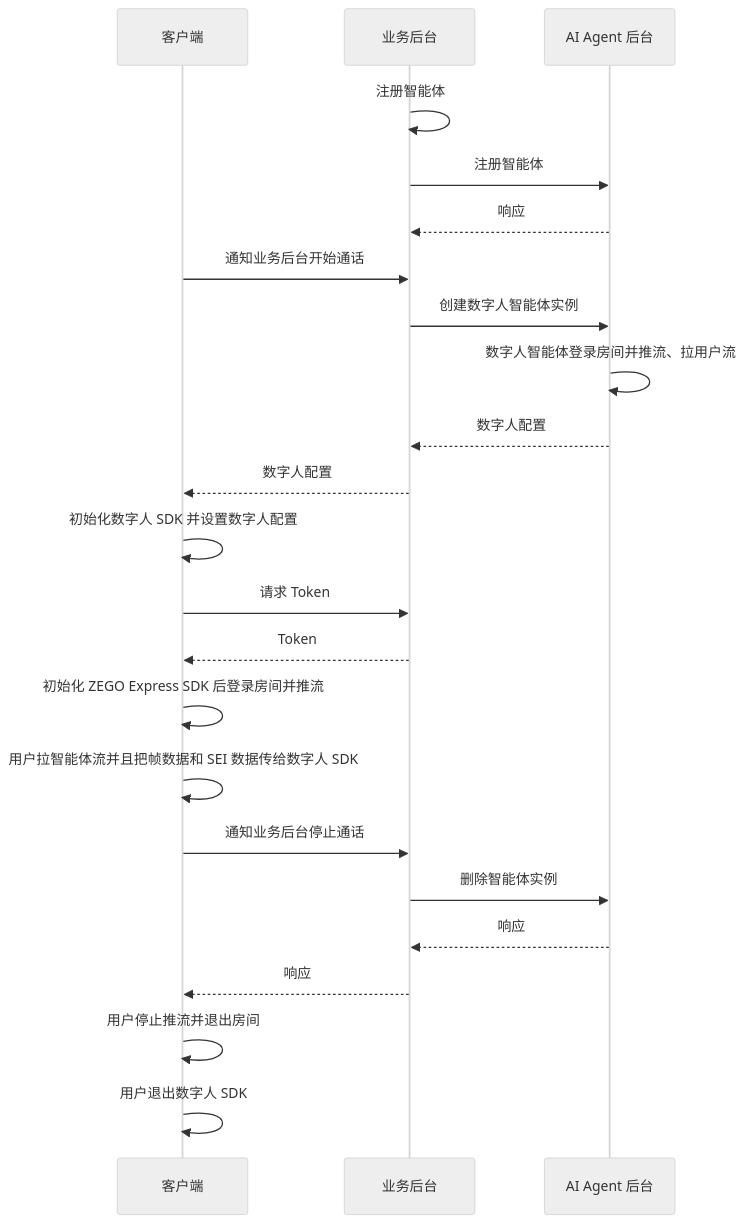
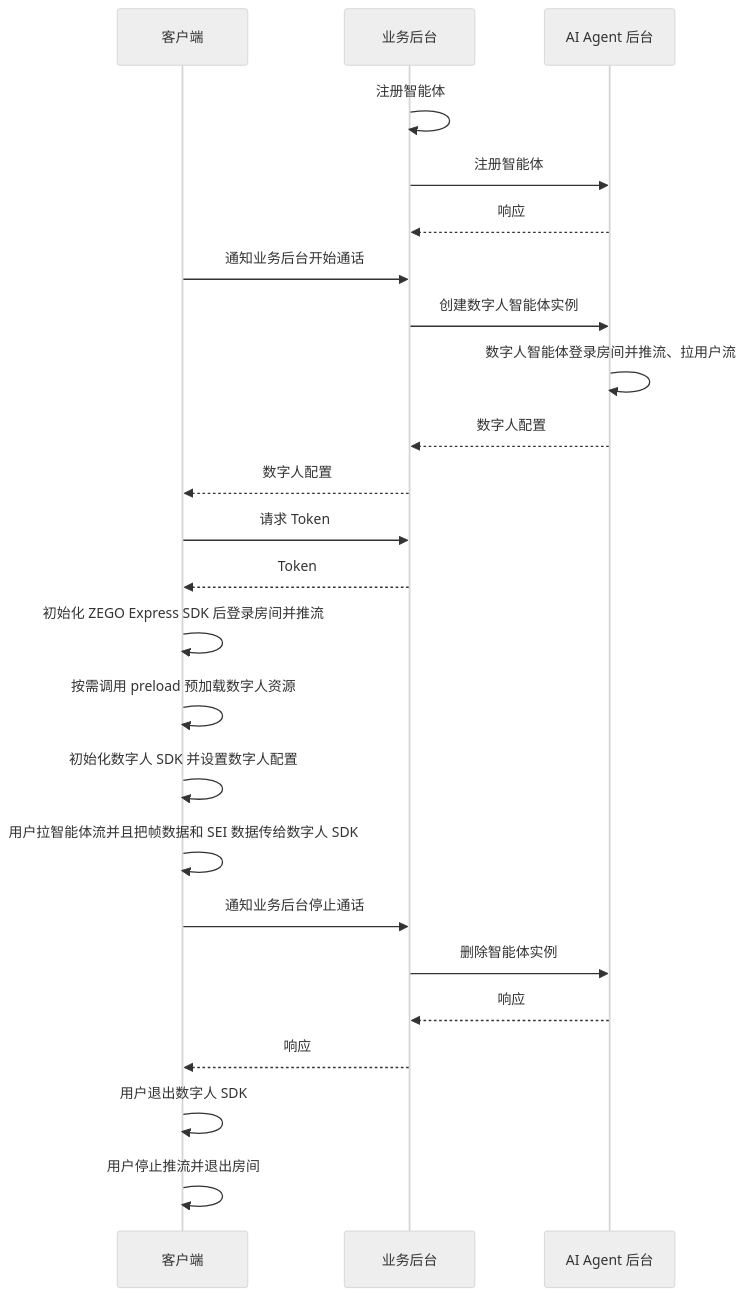
Before and after one commit to ZEGOCLOUD/docs_all: the first of 2 diagrams in core_products/aiagent/zh/android/quick-start-with-digital-human.mdx, drawn with Mermaid (neutral theme). The commit also changed other lines of this file and 4 other files, not shown here.

Commit message:
Update modification dates to September 20, 2026, and synchronize Digital Human SDK initialization and exit procedures across Android and Chinese documentation. Update SDK version references to 1.6.0.121 and adjust preload instructions for resource management.

````diff
--- a/core_products/aiagent/zh/android/quick-start-with-digital-human.mdx
+++ b/core_products/aiagent/zh/android/quick-start-with-digital-human.mdx
@@ -107,33 +107,33 @@
 ```mermaid
 sequenceDiagram
     participant 客户端
     participant 业务后台
     participant AI Agent 后台
 
     业务后台->>业务后台: 注册智能体
     业务后台->>AI Agent 后台: 注册智能体
     AI Agent 后台-->>业务后台: 响应
 
     客户端->>业务后台: 通知业务后台开始通话
     业务后台->>AI Agent 后台: 创建数字人智能体实例
     AI Agent 后台->>AI Agent 后台: 数字人智能体登录房间并推流、拉用户流
     AI Agent 后台-->>业务后台: 数字人配置
     业务后台-->>客户端: 数字人配置
 
-    客户端->>客户端: 初始化数字人 SDK 并设置数字人配置
-
     客户端->>业务后台: 请求 Token
     业务后台-->>客户端: Token
 
     客户端->>客户端: 初始化 ZEGO Express SDK 后登录房间并推流
+    客户端->>客户端: 按需调用 preload 预加载数字人资源
+    客户端->>客户端: 初始化数字人 SDK 并设置数字人配置
 
     客户端->>客户端: 用户拉智能体流并且把帧数据和 SEI 数据传给数字人 SDK
 
     客户端->>业务后台: 通知业务后台停止通话
     业务后台->>AI Agent 后台: 删除智能体实例
     AI Agent 后台-->>业务后台: 响应
     业务后台-->>客户端: 响应
 
+    客户端->>客户端: 用户退出数字人 SDK
     客户端->>客户端: 用户停止推流并退出房间
-    客户端->>客户端: 用户退出数字人 SDK
 ```
````
